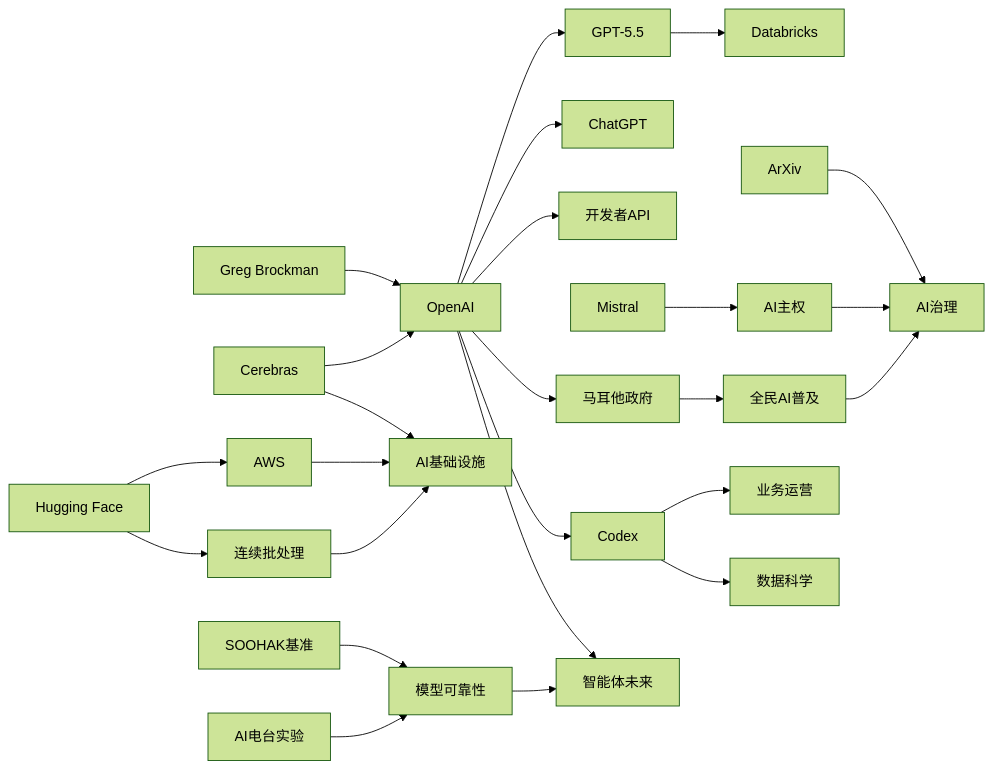
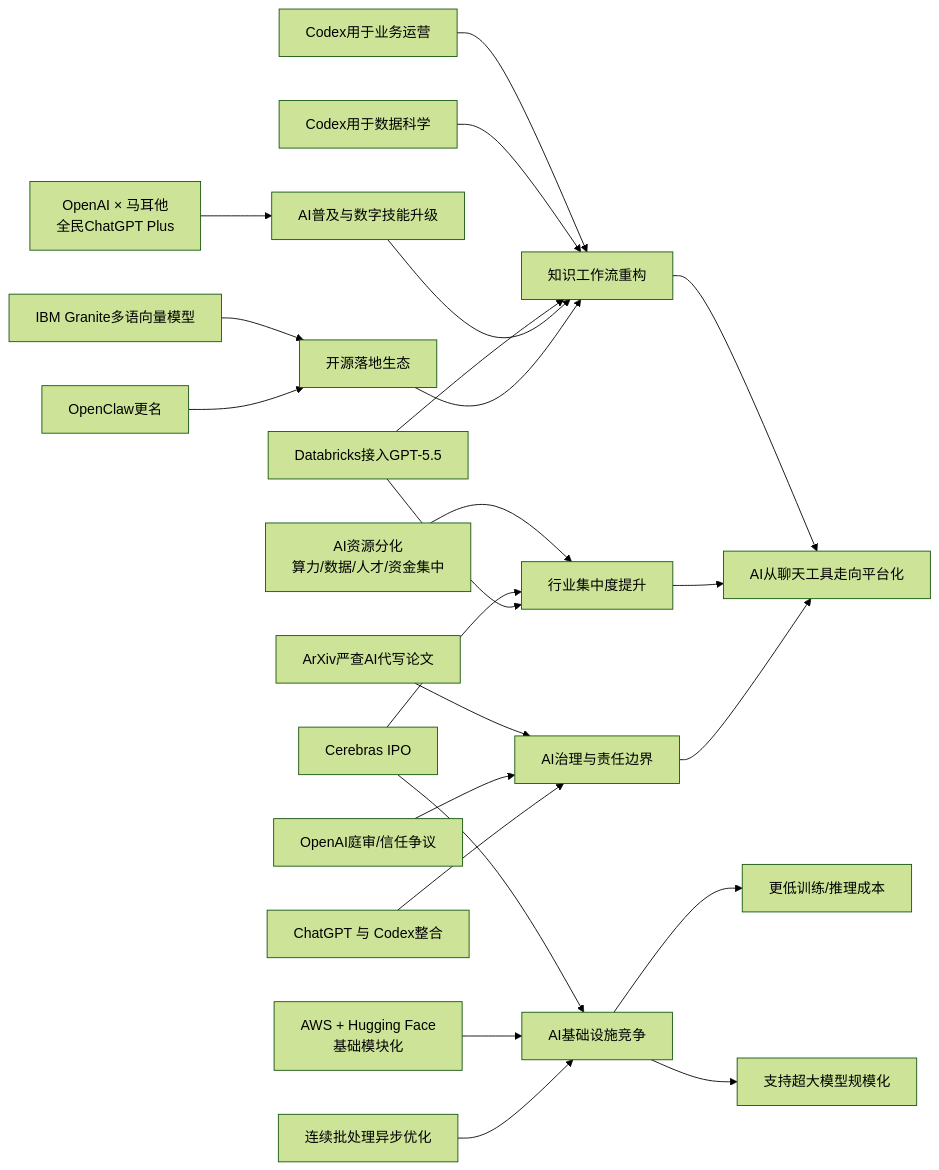
The diagram in content/cn/2026/2026-05/2026-05-17.md (zhuxinfei/ai-daily-site), drawn with Mermaid (forest theme) before and after one commit. The commit also changed other lines of this file, not shown here.

````diff
--- a/content/cn/2026/2026-05/2026-05-17.md
+++ b/content/cn/2026/2026-05/2026-05-17.md
@@ -117,52 +102,31 @@
 ```mermaid
 graph LR
-    OpenAI[OpenAI]
-    Codex[Codex]
-    ChatGPT[ChatGPT]
-    API[开发者API]
-    Brockman[Greg Brockman]
-    Databricks[Databricks]
-    GPT55[GPT-5.5]
-    Cerebras[Cerebras]
-    Infra[AI基础设施]
-    HF[Hugging Face]
-    AWS[AWS]
-    Batching[连续批处理]
-    Arxiv[ArXiv]
-    Governance[AI治理]
-    Mistral[Mistral]
-    Sovereignty[AI主权]
-    Malta[马耳他政府]
-    PublicAI[全民AI普及]
-    SOOHAK[SOOHAK基准]
-    RadioExp[AI电台实验]
-    Reliability[模型可靠性]
+    Cerebras[Cerebras IPO] --> Infra[AI基础设施竞争]
+    AWSHF[AWS + Hugging Face\n基础模块化] --> Infra
+    AsyncBatch[连续批处理异步优化] --> Infra
 
-    Brockman --> OpenAI
-    OpenAI --> ChatGPT
-    OpenAI --> Codex
-    OpenAI --> API
-    OpenAI --> GPT55
-    GPT55 --> Databricks
-    Codex --> BizOps[业务运营]
-    Codex --> DataSci[数据科学]
-    OpenAI --> AgentFuture[智能体未来]
+    Infra --> CostDown[更低训练/推理成本]
+    Infra --> Scale[支持超大模型规模化]
 
-    Cerebras --> Infra
-    HF --> Batching
-    HF --> AWS
-    AWS --> Infra
-    Batching --> Infra
-    Cerebras --> OpenAI
+    OpenAI_Malta[OpenAI × 马耳他\n全民ChatGPT Plus] --> Adoption[AI普及与数字技能升级]
+    Codex_Biz[Codex用于业务运营] --> Workflow[知识工作流重构]
+    Codex_DS[Codex用于数据科学] --> Workflow
+    Databricks[Databricks接入GPT-5.5] --> Workflow
+    Adoption --> Workflow
 
-    Arxiv --> Governance
-    Mistral --> Sovereignty
-    Sovereignty --> Governance
-    Malta --> PublicAI
-    OpenAI --> Malta
-    PublicAI --> Governance
+    ResourceGap[AI资源分化\n算力/数据/人才/资金集中] --> Concentration[行业集中度提升]
+    Cerebras --> Concentration
+    Databricks --> Concentration
 
-    SOOHAK --> Reliability
-    RadioExp --> Reliability
-    Reliability --> AgentFuture
+    Arxiv[ArXiv严查AI代写论文] --> Governance[AI治理与责任边界]
+    OpenAI_Trial[OpenAI庭审/信任争议] --> Governance
+    ProductMerge[ChatGPT 与 Codex整合] --> Governance
+
+    Workflow --> PlatformShift[AI从聊天工具走向平台化]
+    Concentration --> PlatformShift
+    Governance --> PlatformShift
+
+    Granite[IBM Granite多语向量模型] --> OpenEcosystem[开源落地生态]
+    OpenClaw[OpenClaw更名] --> OpenEcosystem
+    OpenEcosystem --> Workflow
 ```
````
